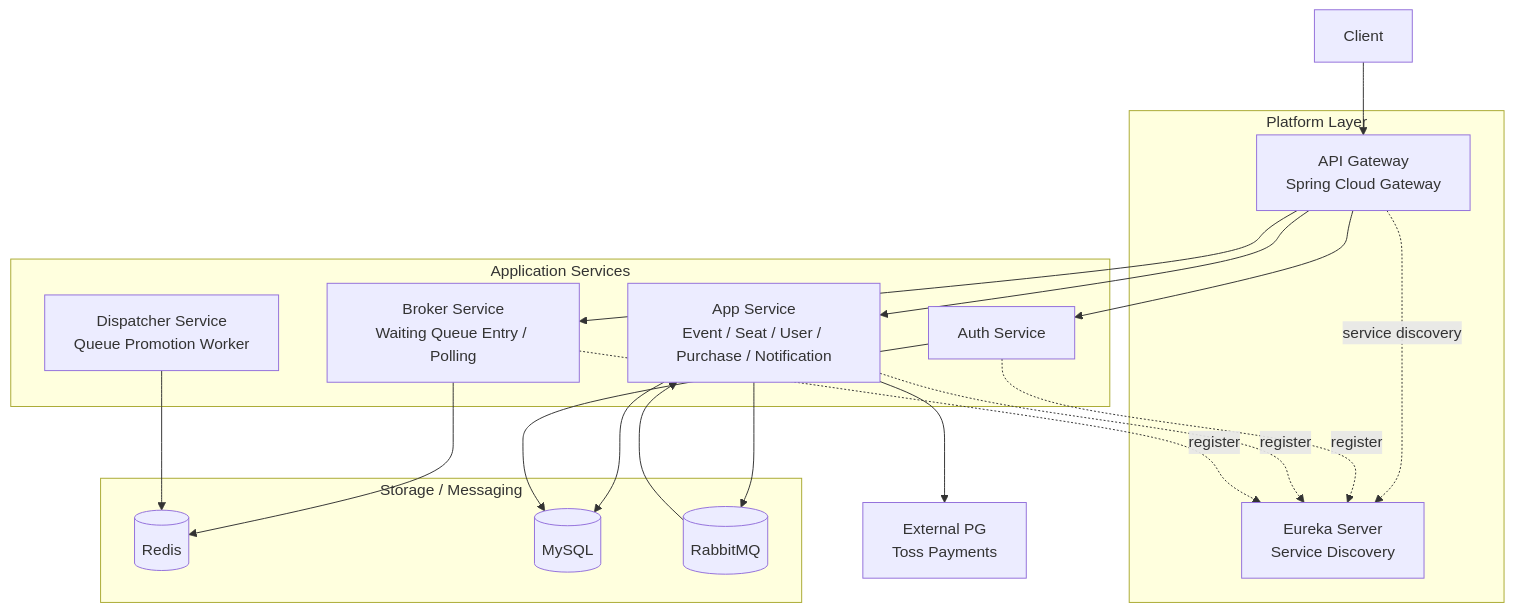
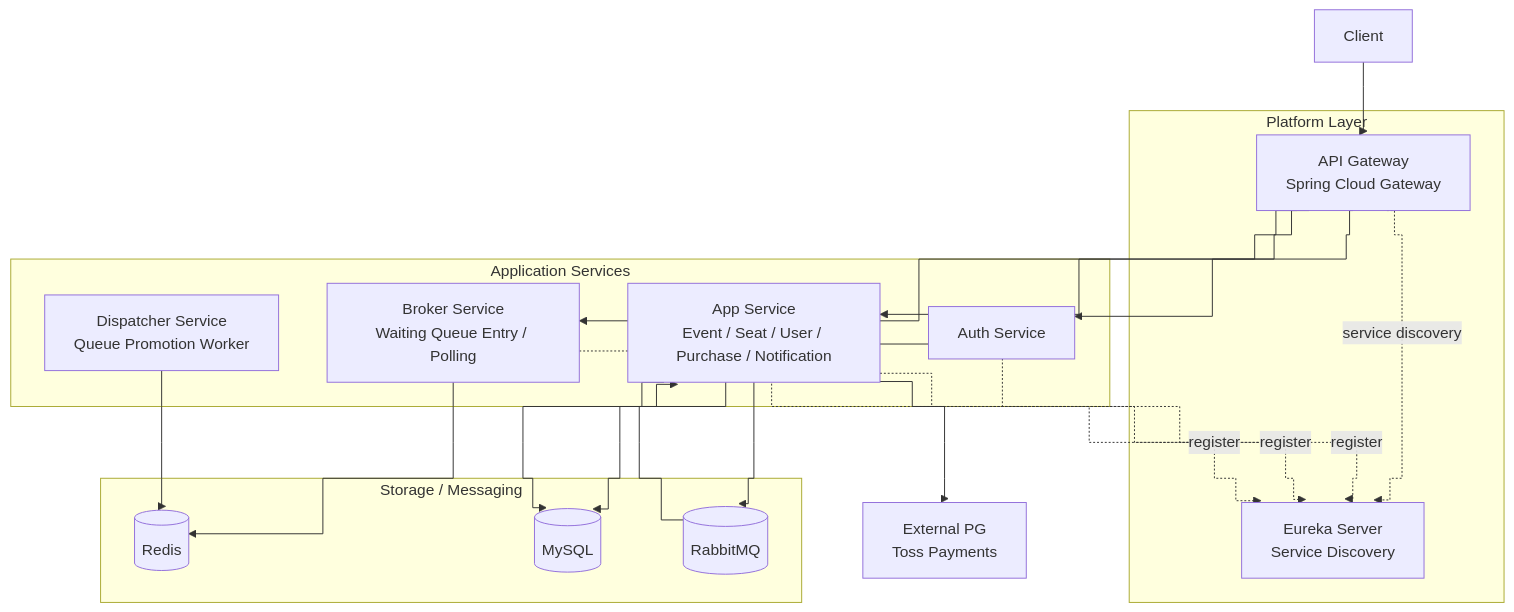
The diagram in README.md (omegafrog/ticketon-DDD), drawn with Mermaid before and after one commit.

Commit message:
docs: use stepped mermaid edges

````diff
--- a/README.md
+++ b/README.md
@@ -29,45 +29,46 @@
 ```mermaid
+%%{init: {"flowchart": {"curve": "step"}}}%%
 flowchart TB
     Client[Client]
 
     subgraph Platform[Platform Layer]
         Gateway[API Gateway<br/>Spring Cloud Gateway]
         Eureka[Eureka Server<br/>Service Discovery]
     end
 
     subgraph Services[Application Services]
         Auth[Auth Service]
         App[App Service<br/>Event / Seat / User / Purchase / Notification]
         Broker[Broker Service<br/>Waiting Queue Entry / Polling]
         Dispatcher[Dispatcher Service<br/>Queue Promotion Worker]
     end
 
     subgraph Infra[Storage / Messaging]
         Redis[(Redis)]
         MySQL[(MySQL)]
         RabbitMQ[(RabbitMQ)]
     end
 
     PG[External PG<br/>Toss Payments]
 
     Client --> Gateway
     Gateway --> Auth
     Gateway --> App
     Gateway --> Broker
 
     Gateway -. service discovery .-> Eureka
     Auth -. register .-> Eureka
     App -. register .-> Eureka
     Broker -. register .-> Eureka
 
     Broker --> Redis
     Dispatcher --> Redis
 
     App --> MySQL
     Auth --> MySQL
 
     App --> RabbitMQ
     RabbitMQ --> App
 
     App --> PG
 ```
````
